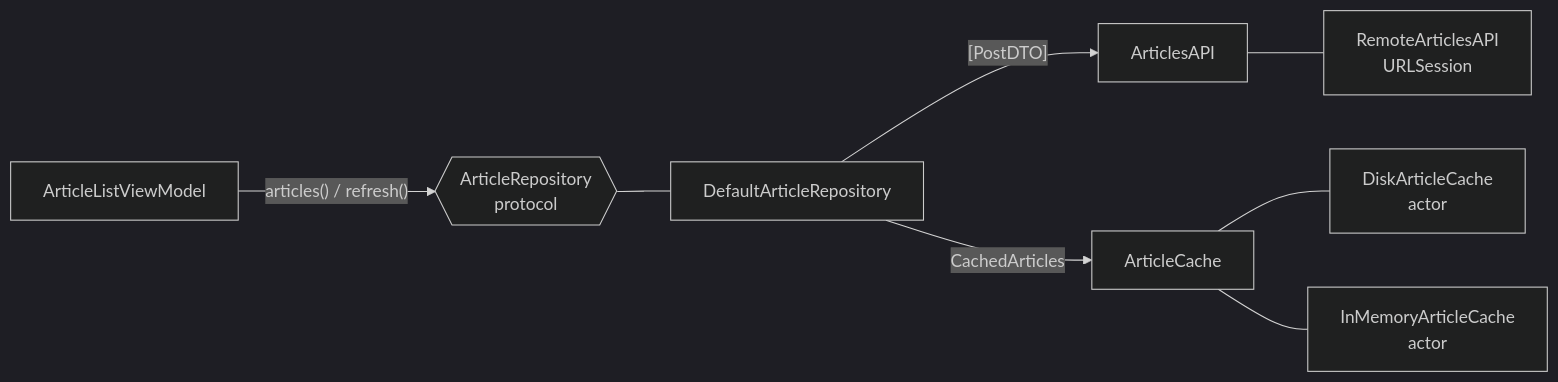
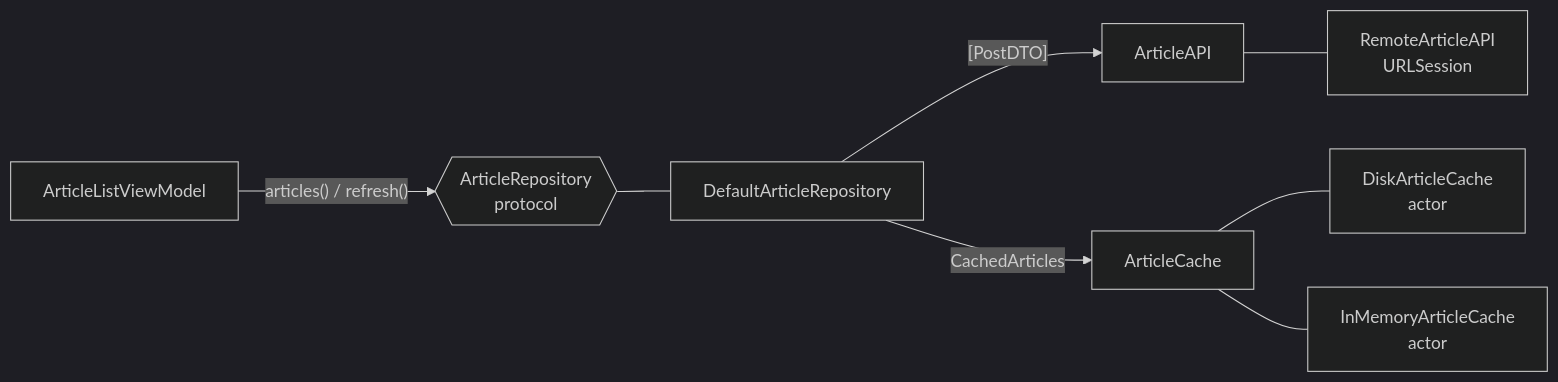
One commit to Ozgundogus/modern-ios-patterns changed the first of 2 diagrams in Patterns/Repository/README.md. Above: the diagram before and after it, drawn with Mermaid (dark theme). The commit also changed other lines of this file and 144 other files, not shown here.

````diff
--- a/Patterns/Repository/README.md
+++ b/Patterns/Repository/README.md
@@ -30,10 +30,10 @@
 ```mermaid
 flowchart LR
     VM[ArticleListViewModel] -->|"articles() / refresh()"| Repo{{"ArticleRepository<br/>protocol"}}
     Repo --- Impl[DefaultArticleRepository]
-    Impl -->|"[PostDTO]"| API[ArticlesAPI]
+    Impl -->|"[PostDTO]"| API[ArticleAPI]
     Impl -->|CachedArticles| Cache[ArticleCache]
-    API --- Remote[RemoteArticlesAPI<br/>URLSession]
+    API --- Remote[RemoteArticleAPI<br/>URLSession]
     Cache --- Disk[DiskArticleCache<br/>actor]
     Cache --- Memory[InMemoryArticleCache<br/>actor]
 ```
````
